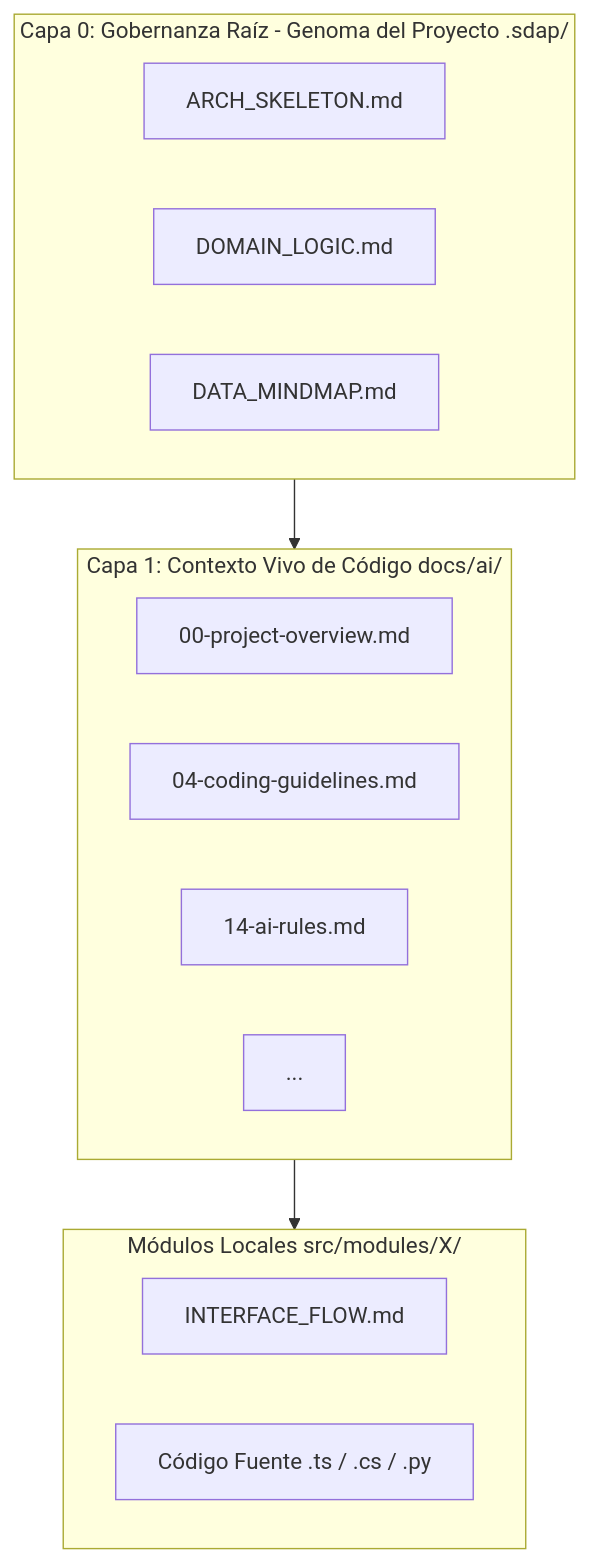
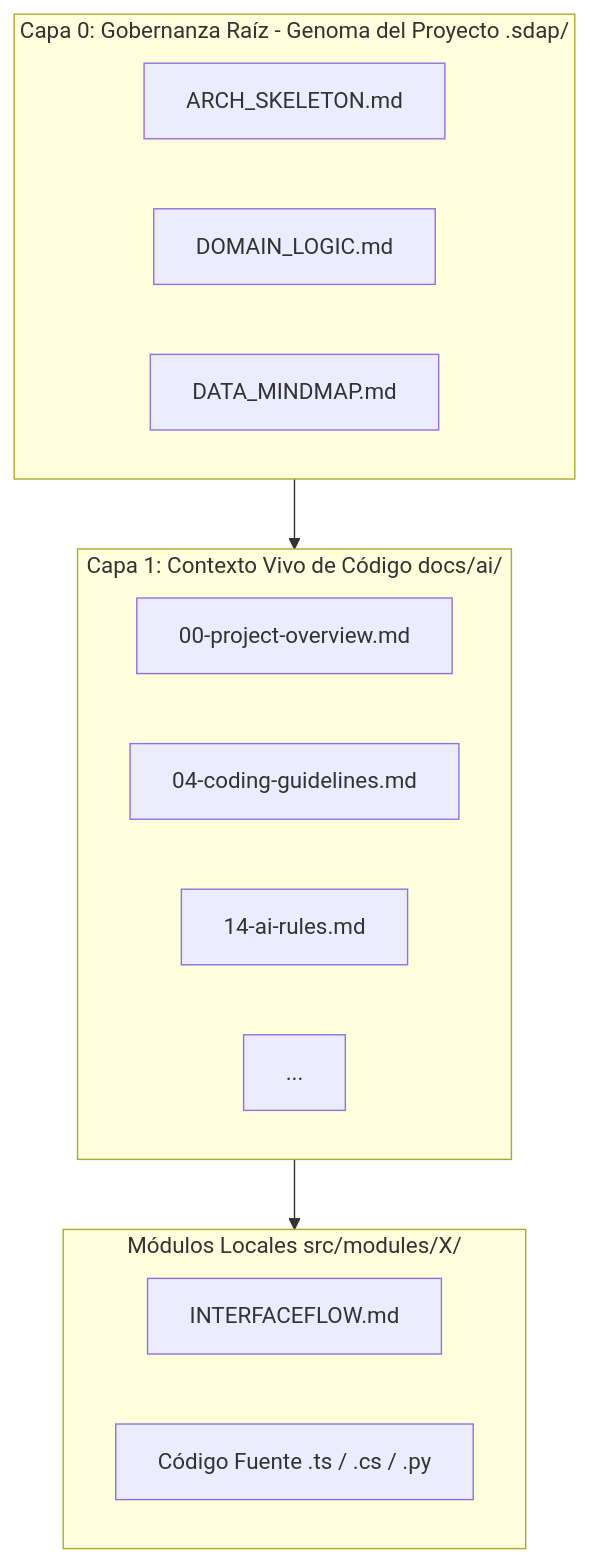
Before and after one commit to codeinapt/sdap-template: the diagram in specification/02-Chapter-II.md, drawn with Mermaid. The commit also changed other lines of this file, not shown here.

Commit message:
Rename INTERFACE_FLOW.md to INTERFACEFLOW.md

````diff
--- a/specification/02-Chapter-II.md
+++ b/specification/02-Chapter-II.md
@@ -20,23 +20,23 @@
 ```mermaid
 graph TD
     subgraph Capa0 [Capa 0: Gobernanza Raíz - Genoma del Proyecto .sdap/]
         AS[ARCH_SKELETON.md]
         DL[DOMAIN_LOGIC.md]
         DM[DATA_MINDMAP.md]
     end
 
     subgraph Capa1 [Capa 1: Contexto Vivo de Código docs/ai/]
         OVER[00-project-overview.md]
         GUIDE[04-coding-guidelines.md]
         RULES[14-ai-rules.md]
         OTHERS[...]
     end
 
     subgraph Modulos [Módulos Locales src/modules/X/]
-        IF[INTERFACE_FLOW.md]
+        IF[INTERFACEFLOW.md]
         CODE[Código Fuente .ts / .cs / .py]
     end
 
     Capa0 --> Capa1
     Capa1 --> Modulos
 ```
````
